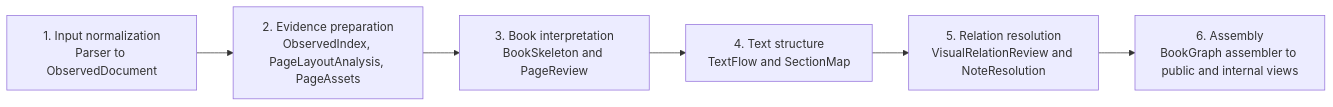
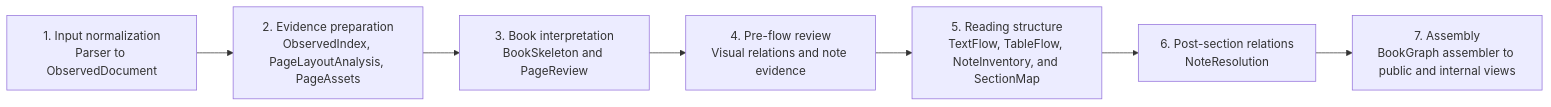
One commit to jenslewie/inkline changed the first of 3 diagrams in docs/architecture.md. Above: the diagram before and after it, drawn with Mermaid. The commit also changed other lines of this file and 7 other files, not shown here.

Commit message:
docs: replan pre-section artifact flow

````diff
--- a/docs/architecture.md
+++ b/docs/architecture.md
@@ -17,11 +17,12 @@
 ```mermaid
 flowchart LR
     ingest["1. Input normalization<br/>Parser to ObservedDocument"]
     evidence["2. Evidence preparation<br/>ObservedIndex, PageLayoutAnalysis, PageAssets"]
     structure["3. Book interpretation<br/>BookSkeleton and PageReview"]
-    text["4. Text structure<br/>TextFlow and SectionMap"]
-    relations["5. Relation resolution<br/>VisualRelationReview and NoteResolution"]
-    assembly["6. Assembly<br/>BookGraph assembler to public and internal views"]
+    review["4. Pre-flow review<br/>Visual relations and note evidence"]
+    text["5. Reading structure<br/>TextFlow, TableFlow, NoteInventory, and SectionMap"]
+    relations["6. Post-section relations<br/>NoteResolution"]
+    assembly["7. Assembly<br/>BookGraph assembler to public and internal views"]
 
-    ingest --> evidence --> structure --> text --> relations --> assembly
+    ingest --> evidence --> structure --> review --> text --> relations --> assembly
 ```
````
